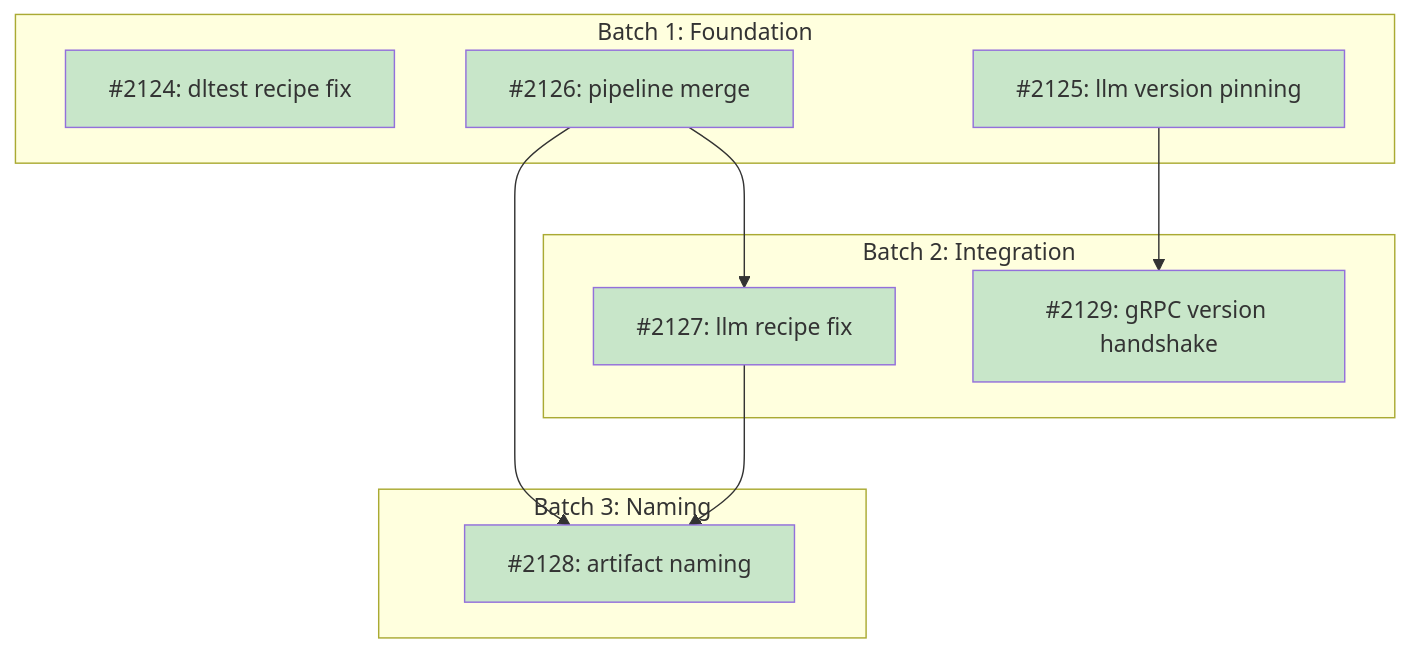
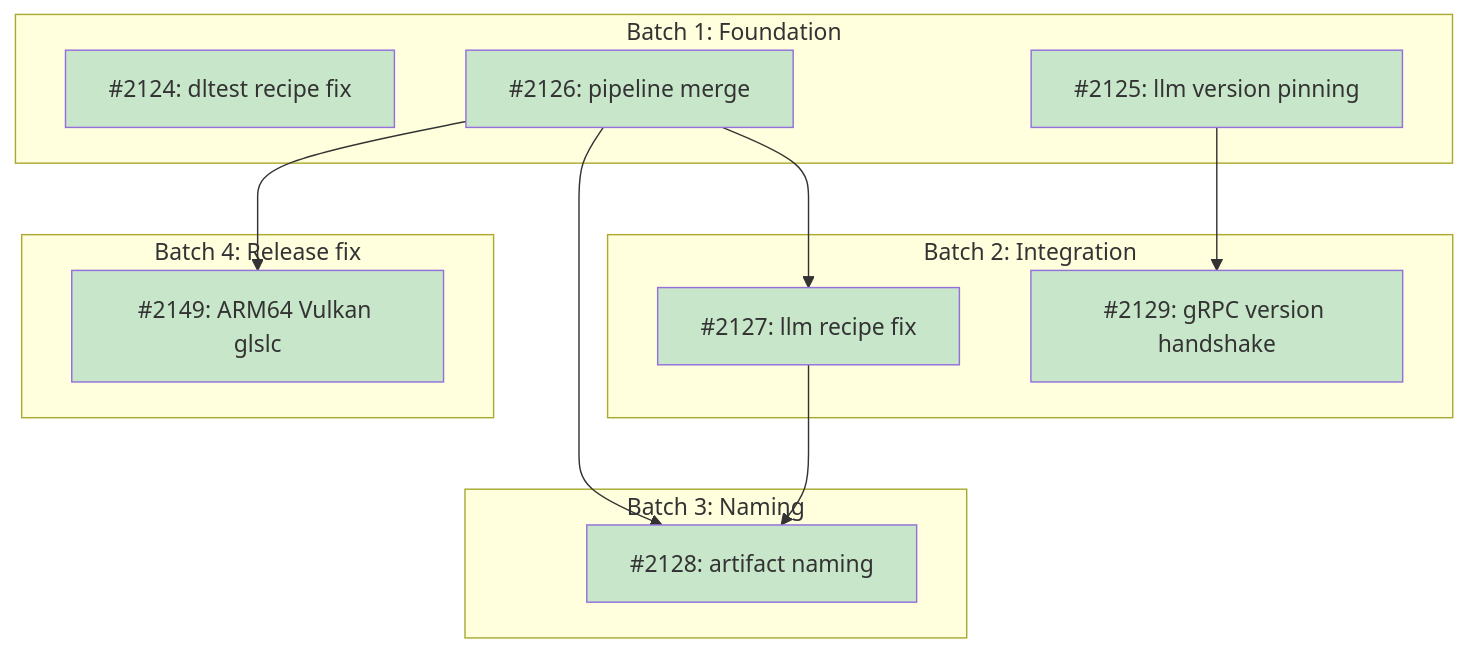
The diagram in docs/plans/PLAN-unified-release-versioning.md (tsukumogami/tsuku), drawn with Mermaid before and after one commit. The commit also changed other lines of this file and 1 other file, not shown here.

Commit message:
fix(ci): install glslc for ARM64 Vulkan builds in release pipeline
Add missing glslc package to ARM64 Vulkan SDK install step. The Lunarg
PPA bundles it for x86_64 via vulkan-sdk, but the ARM64 fallback
packages omit it, causing FindVulkan to fail on linux-arm64-vulkan.

Also adds #2149 to the PLAN doc and reverts status to Active until the
release validates successfully.

Closes #2149

````diff
--- a/docs/plans/PLAN-unified-release-versioning.md
+++ b/docs/plans/PLAN-unified-release-versioning.md
@@ -49,34 +51,33 @@
 ```mermaid
 graph TD
     subgraph Batch1["Batch 1: Foundation"]
         I2124["#2124: dltest recipe fix"]
         I2125["#2125: llm version pinning"]
         I2126["#2126: pipeline merge"]
     end
 
     subgraph Batch2["Batch 2: Integration"]
         I2127["#2127: llm recipe fix"]
         I2129["#2129: gRPC version handshake"]
     end
 
     subgraph Batch3["Batch 3: Naming"]
         I2128["#2128: artifact naming"]
     end
 
+    subgraph Batch4["Batch 4: Release fix"]
+        I2149["#2149: ARM64 Vulkan glslc"]
+    end
+
     I2126 --> I2127
     I2125 --> I2129
     I2126 --> I2128
     I2127 --> I2128
+    I2126 --> I2149
 
     classDef done fill:#c8e6c9
     classDef ready fill:#bbdefb
     classDef blocked fill:#fff9c4
-    classDef needsDesign fill:#e1bee7
-    classDef needsPrd fill:#b3e5fc
-    classDef needsSpike fill:#ffcdd2
-    classDef needsDecision fill:#d1c4e9
-    classDef tracksDesign fill:#FFE0B2,stroke:#F57C00,color:#000
-    classDef tracksPlan fill:#FFE0B2,stroke:#F57C00,color:#000
 
-    class I2124,I2125,I2126,I2127,I2128,I2129 done
+    class I2124,I2125,I2126,I2127,I2128,I2129,I2149 done
 ```
````
